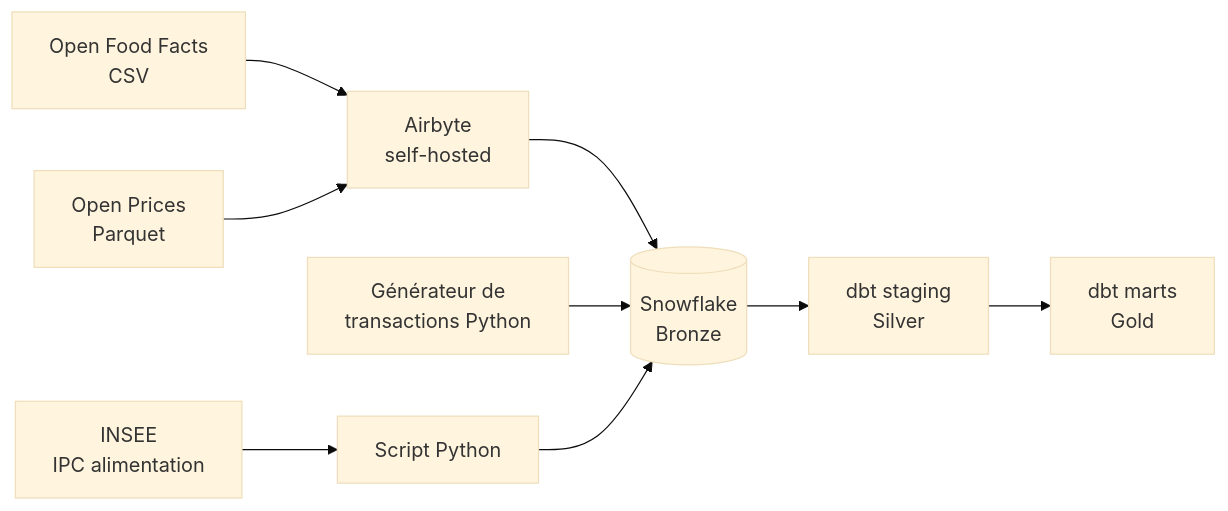
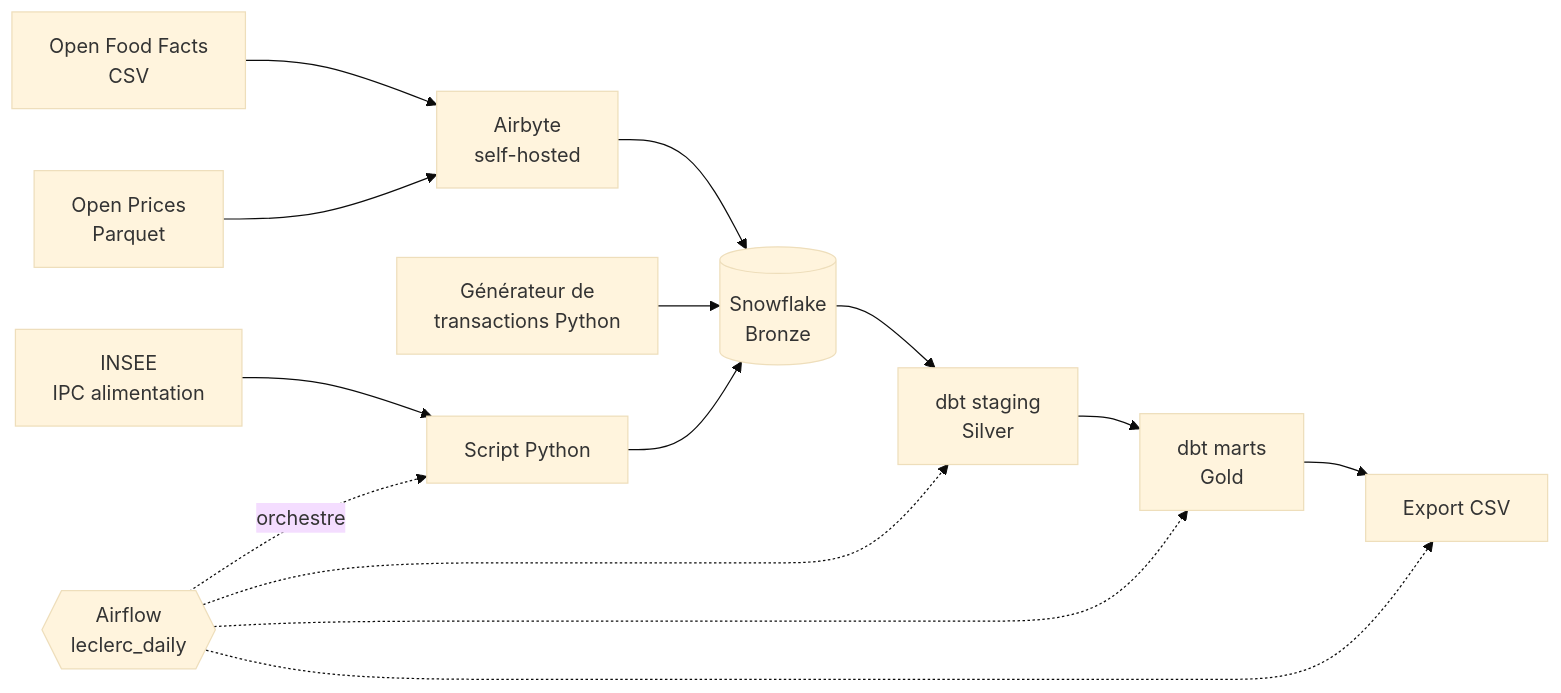
The diagram in README.md (bipanda93/leclerc-analytics-engineering), drawn with Mermaid (base theme) before and after one commit. The commit also changed other lines of this file and 3 other files, not shown here.

````diff
--- a/README.md
+++ b/README.md
@@ -9,10 +11,15 @@
 ```mermaid
 flowchart LR
     OFF[Open Food Facts<br/>CSV] --> AB[Airbyte<br/>self-hosted]
     OP[Open Prices<br/>Parquet] --> AB
     AB --> BR[(Snowflake<br/>Bronze)]
     GEN[Générateur de<br/>transactions Python] --> BR
     INSEE[INSEE<br/>IPC alimentation] --> PY[Script Python] --> BR
     BR --> SI[dbt staging<br/>Silver]
     SI --> GO[dbt marts<br/>Gold]
+    GO --> CSV[Export CSV]
+    AF{{Airflow<br/>leclerc_daily}} -.orchestre.-> PY
+    AF -.-> SI
+    AF -.-> GO
+    AF -.-> CSV
 ```
````
